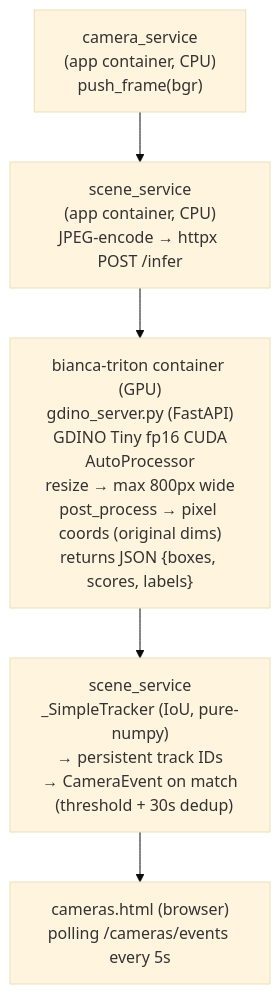
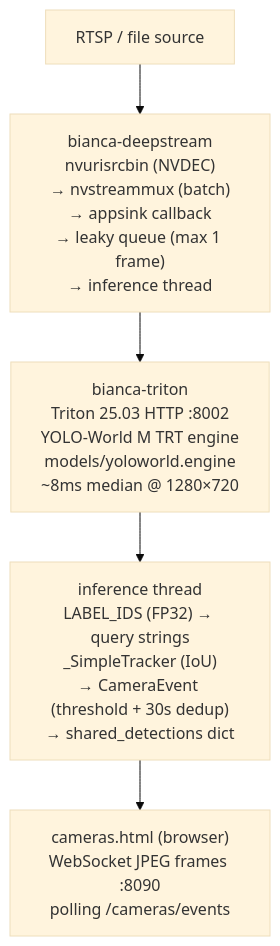
One commit to jasvinder-builder/family-assistant changed diagram 13 of 13 in ARCHITECTURE.md. Above: the diagram before and after it, drawn with Mermaid (base theme). The commit also changed other lines of this file and 14 other files, not shown here.

First line of the commit message:
feat: replace GDINO+PyAV with DeepStream NVDEC + YOLO-World M TRT (Phases 0-4)

````diff
--- a/ARCHITECTURE.md
+++ b/ARCHITECTURE.md
@@ -419,8 +420,8 @@
 ```mermaid
 flowchart TD
-    A["camera_service\n(app container, CPU)\npush_frame(bgr)"]
-    A --> B["scene_service\n(app container, CPU)\nJPEG-encode → httpx POST /infer"]
-    B --> C["bianca-triton container (GPU)\ngdino_server.py (FastAPI)\nGDINO Tiny fp16 CUDA\nAutoProcessor\nresize → max 800px wide\npost_process → pixel coords (original dims)\nreturns JSON {boxes, scores, labels}"]
-    C --> D["scene_service\n_SimpleTracker (IoU, pure-numpy)\n→ persistent track IDs\n→ CameraEvent on match\n  (threshold + 30s dedup)"]
-    D --> E["cameras.html (browser)\npolling /cameras/events every 5s"]
+    A["RTSP / file source"]
+    A --> B["bianca-deepstream\nnvurisrcbin (NVDEC)\n→ nvstreammux (batch)\n→ appsink callback\n→ leaky queue (max 1 frame)\n→ inference thread"]
+    B --> C["bianca-triton\nTriton 25.03 HTTP :8002\nYOLO-World M TRT engine\nmodels/yoloworld.engine\n~8ms median @ 1280×720"]
+    C --> D["inference thread\nLABEL_IDS (FP32) → query strings\n_SimpleTracker (IoU)\n→ CameraEvent (threshold + 30s dedup)\n→ shared_detections dict"]
+    D --> E["cameras.html (browser)\nWebSocket JPEG frames :8090\npolling /cameras/events"]
 ```
````
